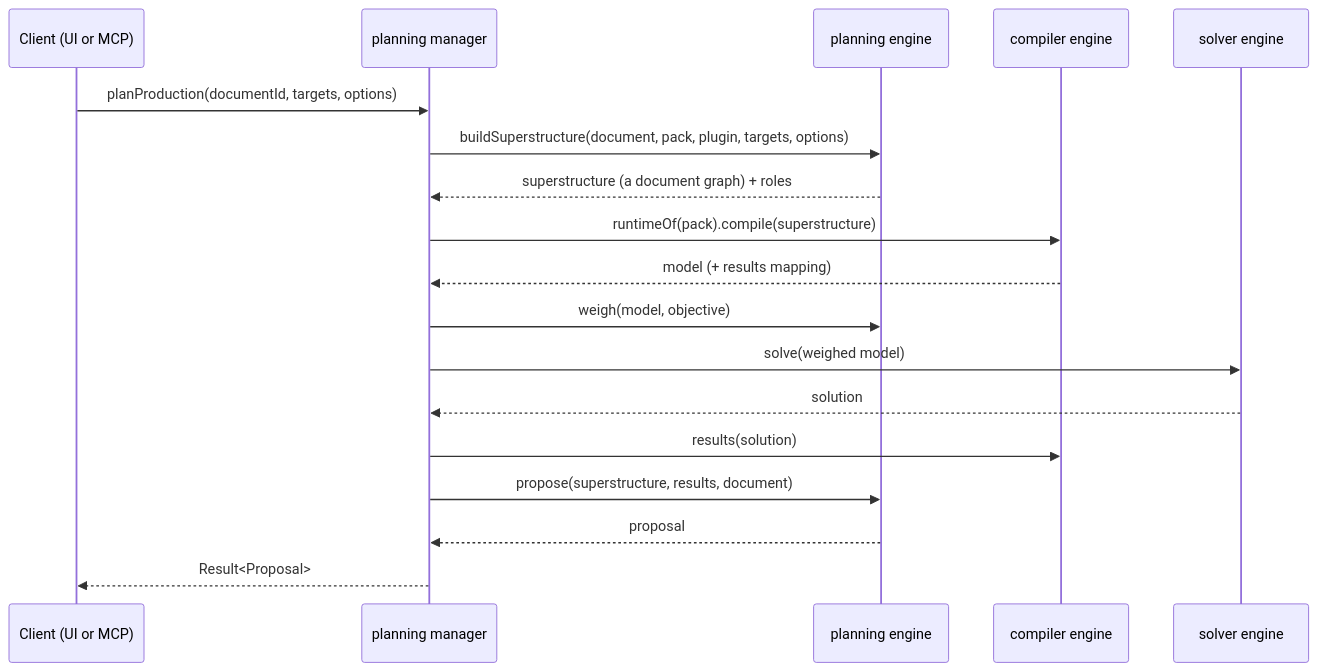
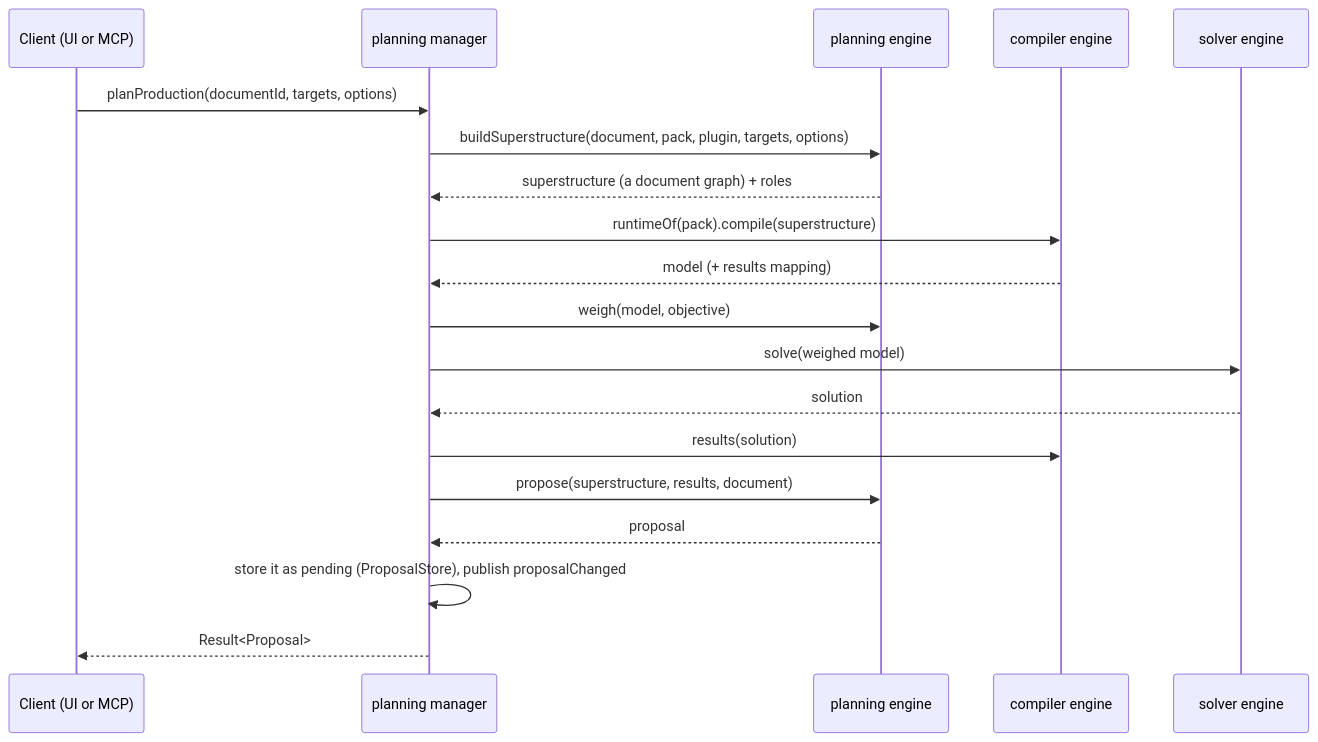
One commit to h3ll5ur7er/carbonara changed the first of 2 diagrams in docs/Architecture/Planning.md. Above: the diagram before and after it, drawn with Mermaid. The commit also changed other lines of this file and 30 other files, not shown here.

````diff
--- a/docs/Architecture/Planning.md
+++ b/docs/Architecture/Planning.md
@@ -11,20 +11,21 @@
 ```mermaid
 sequenceDiagram
   participant C as Client (UI or MCP)
   participant M as planning manager
   participant P as planning engine
   participant K as compiler engine
   participant S as solver engine
   C->>M: planProduction(documentId, targets, options)
   M->>P: buildSuperstructure(document, pack, plugin, targets, options)
   P-->>M: superstructure (a document graph) + roles
   M->>K: runtimeOf(pack).compile(superstructure)
   K-->>M: model (+ results mapping)
   M->>P: weigh(model, objective)
   M->>S: solve(weighed model)
   S-->>M: solution
   M->>K: results(solution)
   M->>P: propose(superstructure, results, document)
   P-->>M: proposal
+  M->>M: store it as pending (ProposalStore), publish proposalChanged
   M-->>C: Result<Proposal>
 ```
````
